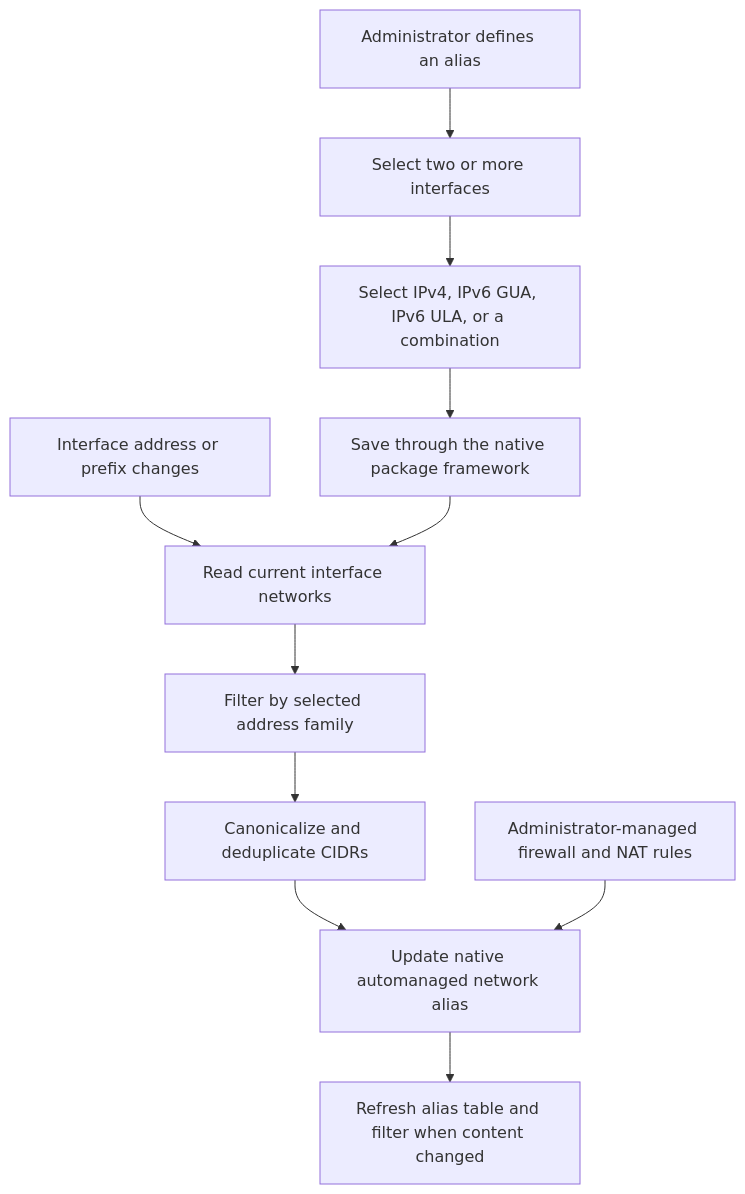
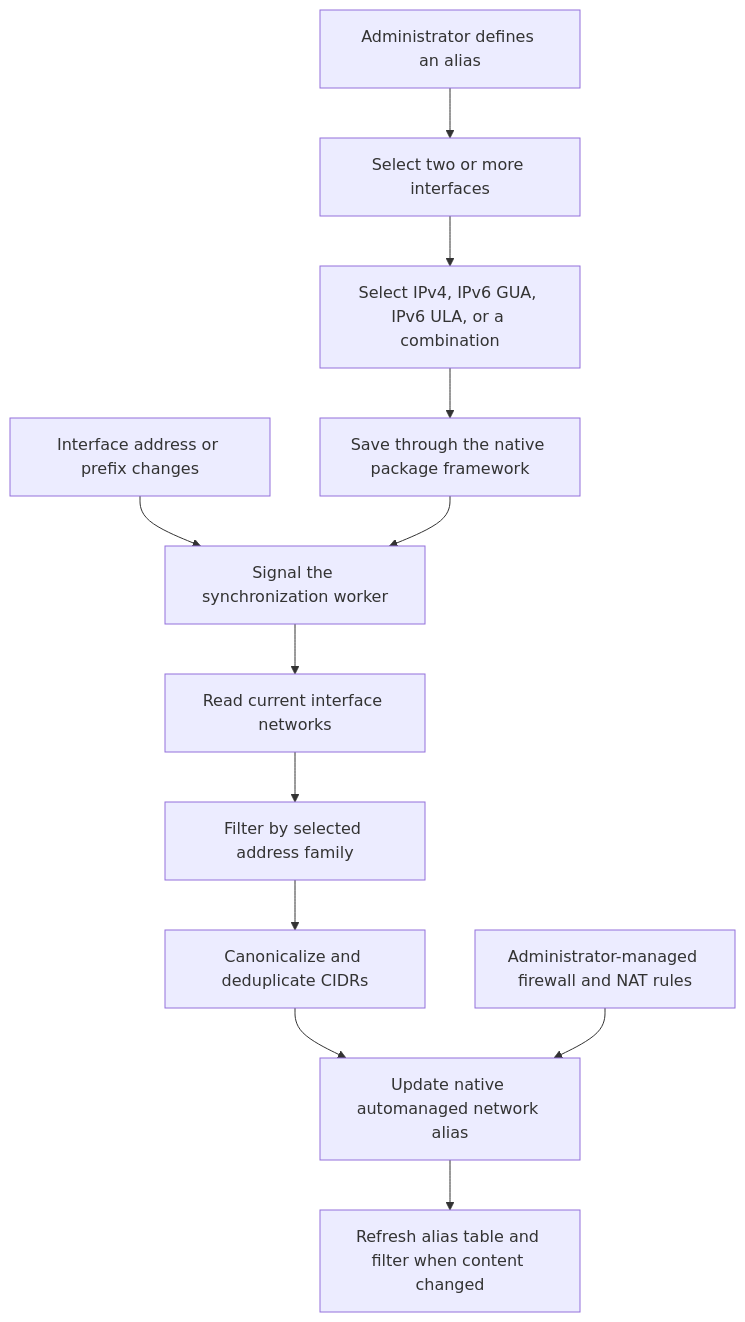
One commit to gebra-de/pfSense-pkg-dynnetalias changed the diagram in README.md. Above: the diagram before and after it, drawn with Mermaid. The commit also changed other lines of this file and 10 other files, not shown here.

````diff
--- a/README.md
+++ b/README.md
@@ -29,15 +29,16 @@
 ```mermaid
 flowchart TD
     ADMIN[Administrator defines an alias] --> SELECT[Select two or more interfaces]
     SELECT --> FAMILY[Select IPv4, IPv6 GUA, IPv6 ULA, or a combination]
     FAMILY --> SAVE[Save through the native package framework]
 
-    EVENT[Interface address or prefix changes] --> DISCOVER[Read current interface networks]
-    SAVE --> DISCOVER
+    EVENT[Interface address or prefix changes] --> WORKER[Signal the synchronization worker]
+    SAVE --> WORKER
+    WORKER --> DISCOVER[Read current interface networks]
     DISCOVER --> FILTER[Filter by selected address family]
     FILTER --> NORMALIZE[Canonicalize and deduplicate CIDRs]
     NORMALIZE --> ALIAS[Update native automanaged network alias]
     ALIAS --> PF[Refresh alias table and filter when content changed]
 
     RULES[Administrator-managed firewall and NAT rules] --> ALIAS
 ```
````
